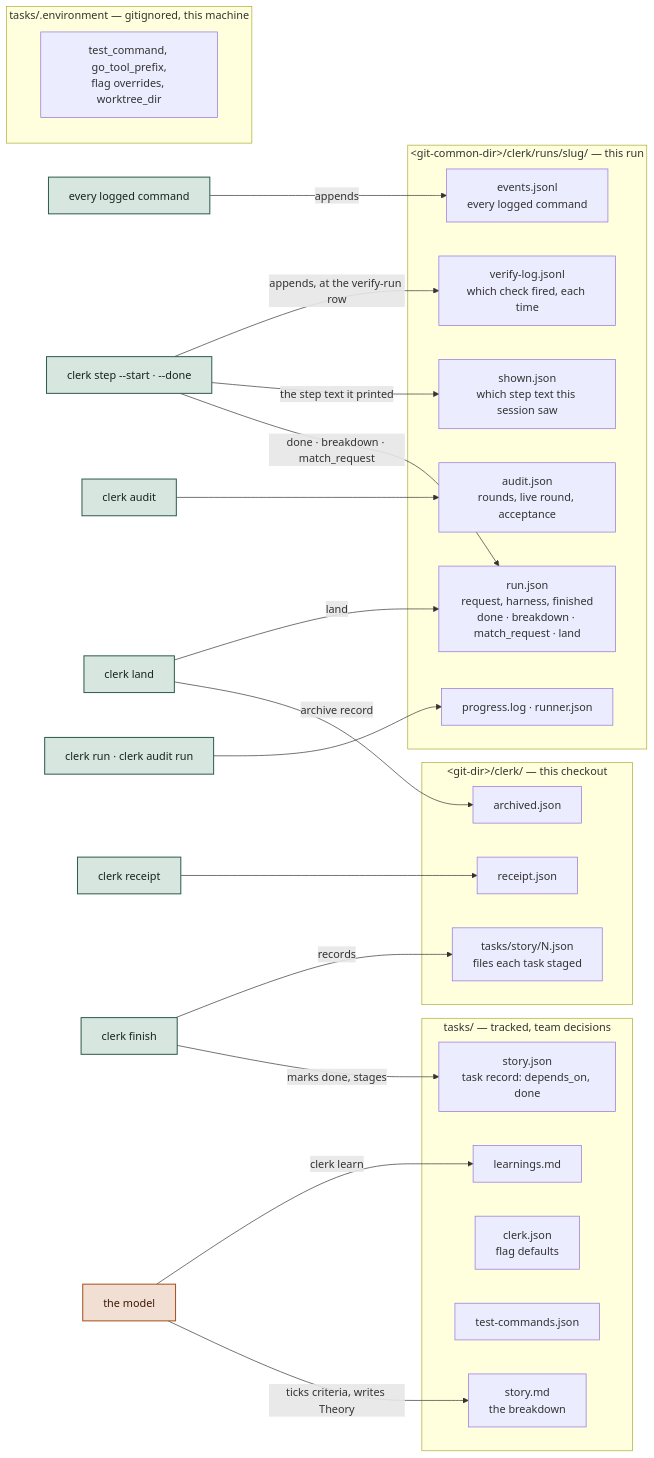
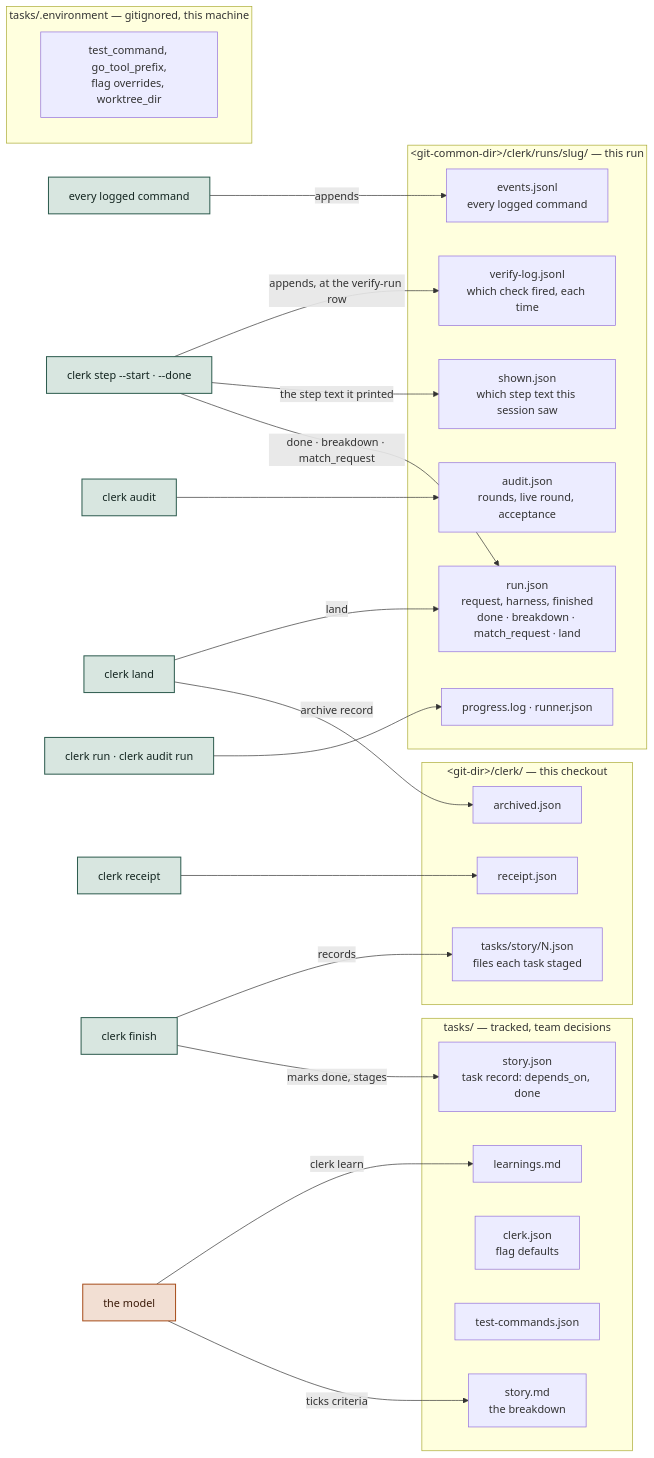
One commit to hpcsc/dotfiles changed the fifth of 10 diagrams in docs/clerk-structure.md. Above: the diagram before and after it, drawn with Mermaid. The commit also changed other lines of this file and 18 other files, not shown here.

````diff
--- a/docs/clerk-structure.md
+++ b/docs/clerk-structure.md
@@ -126,43 +125,43 @@
 ```mermaid
 flowchart LR
   subgraph T["tasks/ — tracked, team decisions"]
     bd["story.md<br/>the breakdown"]
     sc["story.json<br/>task record: depends_on, done"]
     cj["clerk.json<br/>flag defaults"]
     tc["test-commands.json"]
     lp["learnings.md"]
   end
   subgraph E["tasks/.environment — gitignored, this machine"]
     env["test_command, go_tool_prefix,<br/>flag overrides, worktree_dir"]
   end
   subgraph G["&lt;git-dir&gt;/clerk/ — this checkout"]
     rc["receipt.json"]
     ar["archived.json"]
     tr["tasks/story/N.json<br/>files each task staged"]
   end
   subgraph R["&lt;git-common-dir&gt;/clerk/runs/slug/ — this run"]
     rj["run.json<br/>request, harness, finished<br/>done · breakdown · match_request · land"]
     ev["events.jsonl<br/>every logged command"]
     vl["verify-log.jsonl<br/>which check fired, each time"]
     aj["audit.json<br/>rounds, live round, acceptance"]
     sh["shown.json<br/>which step text this session saw"]
     pl["progress.log · runner.json"]
   end
   finish["clerk finish"]:::clerk -->|marks done, stages| sc
   finish -->|records| tr
   receipt["clerk receipt"]:::clerk --> rc
   land["clerk land"]:::clerk -->|archive record| ar
   land -->|land| rj
   logged["every logged command"]:::clerk -->|appends| ev
   step["clerk step --start · --done"]:::clerk -->|done · breakdown · match_request| rj
   step -->|the step text it printed| sh
   step -->|appends, at the verify-run row| vl
   audit["clerk audit"]:::clerk --> aj
   run["clerk run · clerk audit run"]:::clerk --> pl
-  model["the model"]:::you -->|ticks criteria, writes Theory| bd
+  model["the model"]:::you -->|ticks criteria| bd
   model -->|clerk learn| lp
   classDef clerk fill:#D8E6E0,stroke:#2F5D50,stroke-width:1.5px,color:#132520
   classDef you fill:#F2DFD3,stroke:#A8501E,stroke-width:1.5px,color:#3A1A08
   classDef plain fill:#EEF0EC,stroke:#5C645F,stroke-width:1px,color:#1B1F1D
   classDef file fill:#FFFFFF,stroke:#9AA39D,stroke-width:1px,color:#1B1F1D
 ```
````
